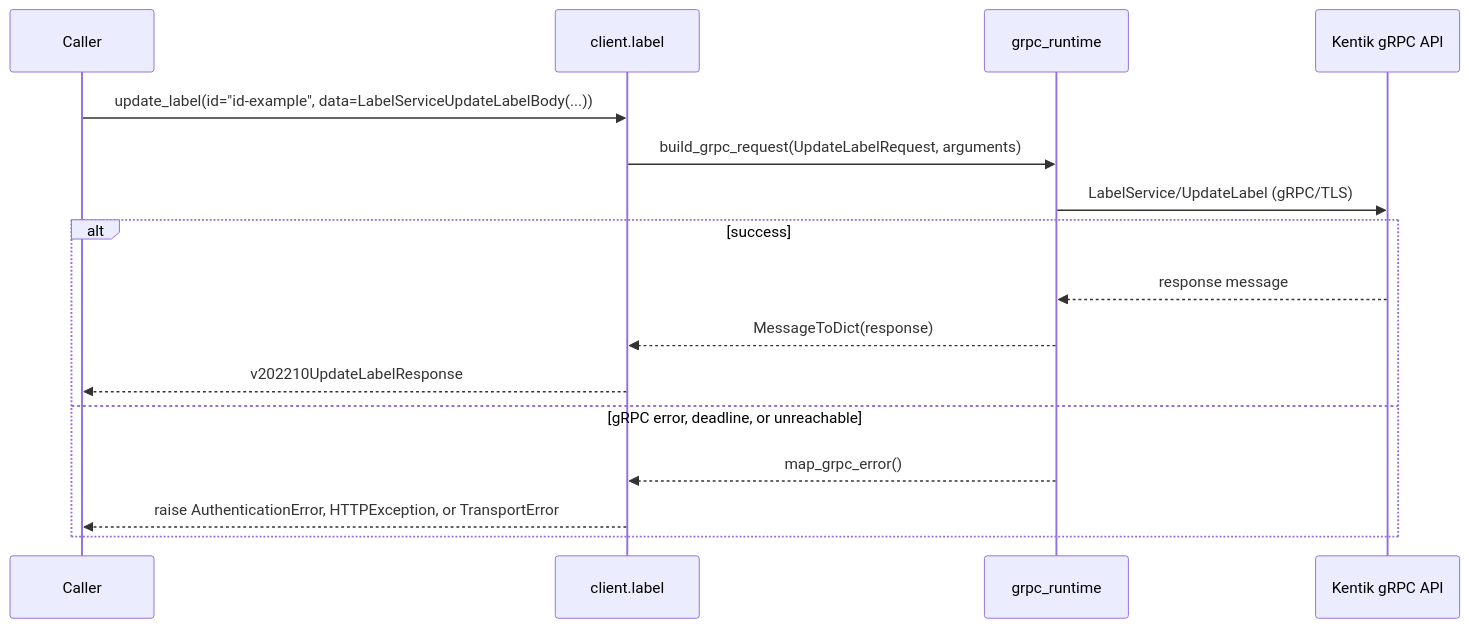
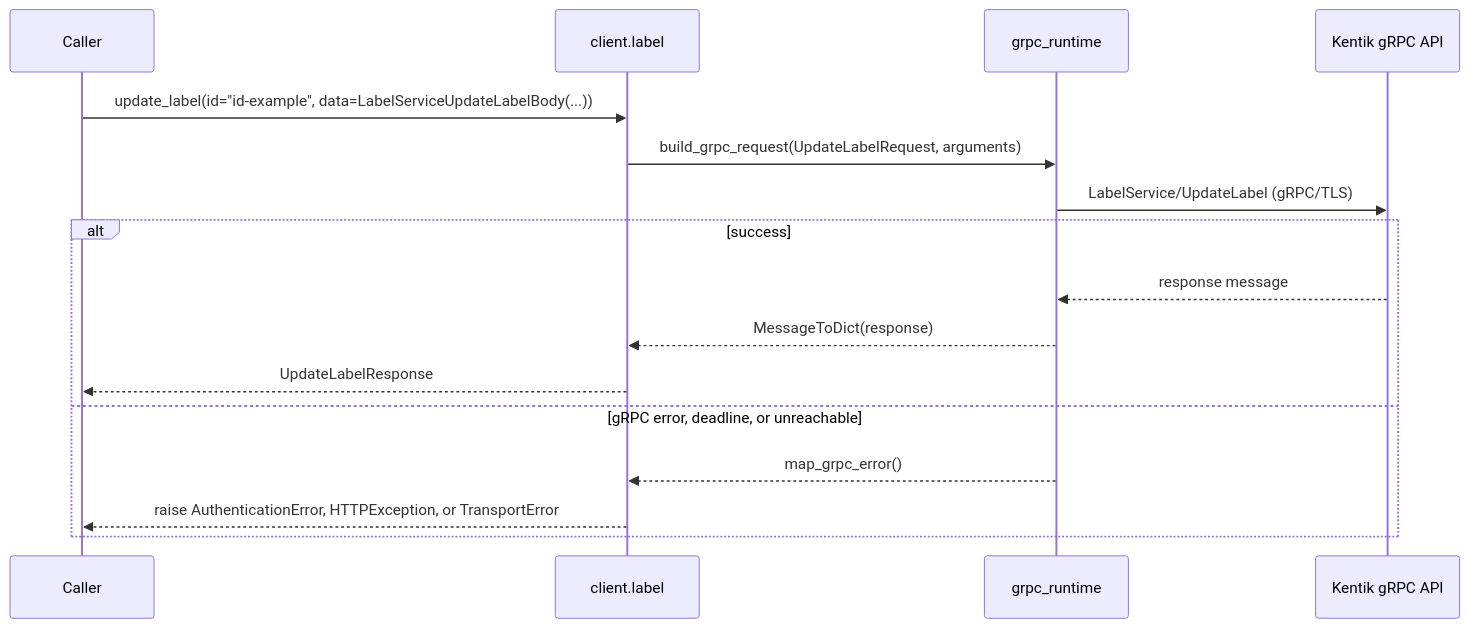
The seventh of 10 diagrams in docs/sphinx/services/label.md (alexdearaujo/community_sdk_python), drawn with Mermaid before and after one commit. The commit also changed other lines of this file and 38 other files, not shown here.

````diff
--- a/docs/sphinx/services/label.md
+++ b/docs/sphinx/services/label.md
@@ -203,19 +203,19 @@
 ```mermaid
 sequenceDiagram
     participant C as Caller
     participant W as client.label
     participant R as grpc_runtime
     participant API as Kentik gRPC API
 
     C->>W: update_label(id="id-example", data=LabelServiceUpdateLabelBody(...))
     W->>R: build_grpc_request(UpdateLabelRequest, arguments)
     R->>API: LabelService/UpdateLabel (gRPC/TLS)
     alt success
         API-->>R: response message
         R-->>W: MessageToDict(response)
-        W-->>C: v202210UpdateLabelResponse
+        W-->>C: UpdateLabelResponse
     else gRPC error, deadline, or unreachable
         R-->>W: map_grpc_error()
         W-->>C: raise AuthenticationError, HTTPException, or TransportError
     end
 ```
````
